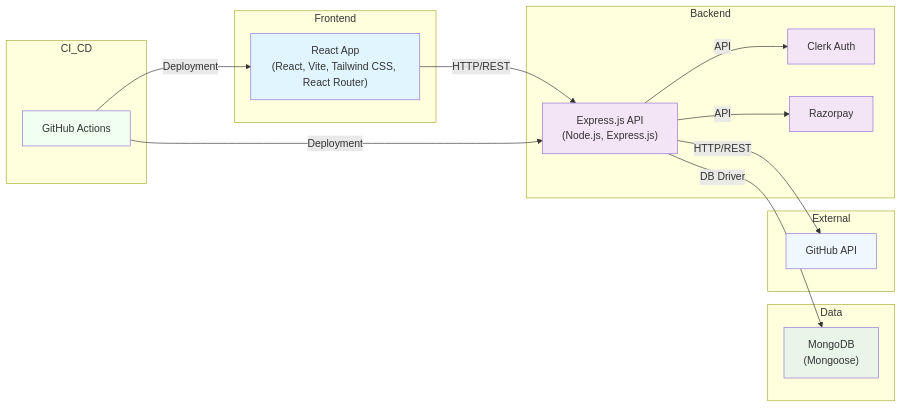
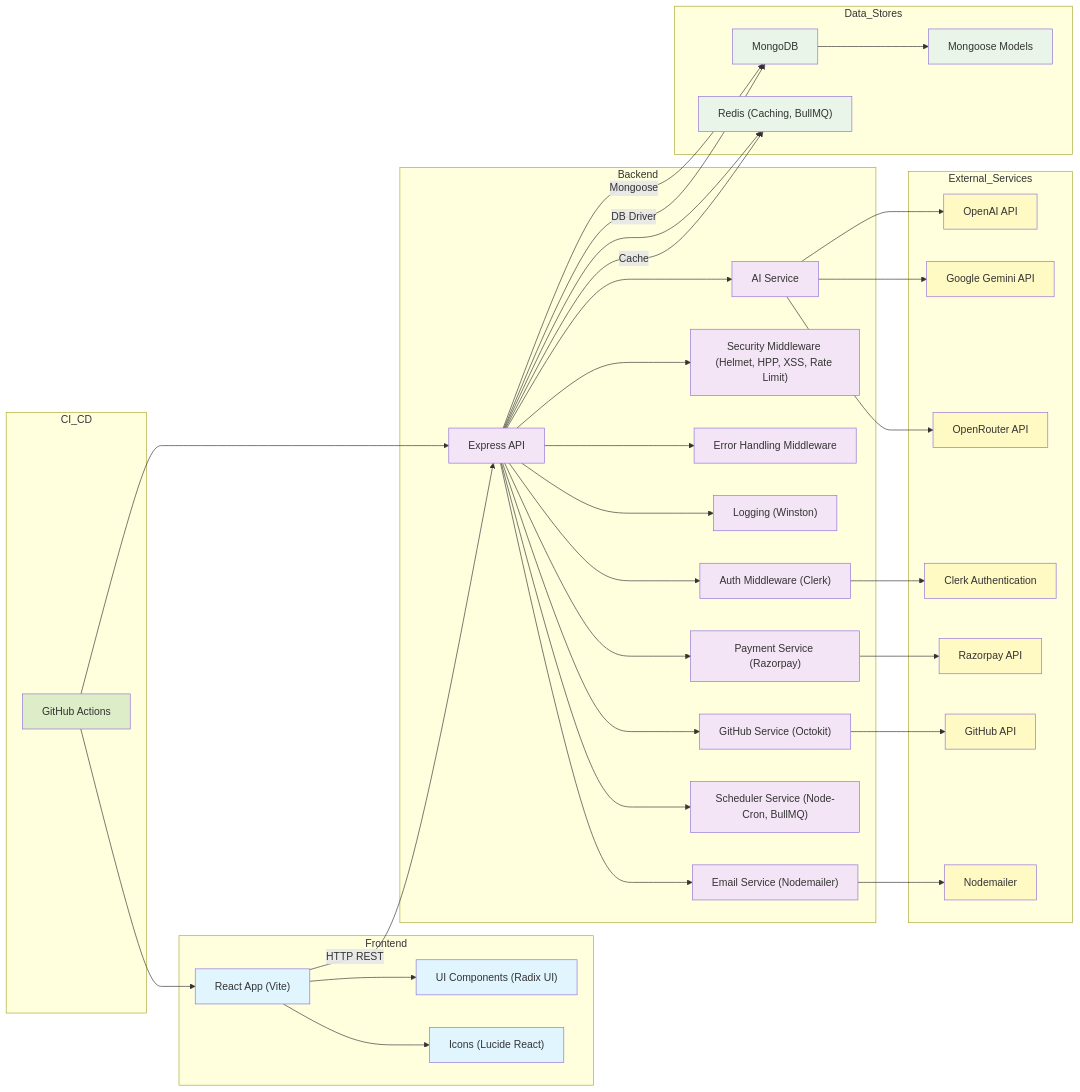
Before and after one commit to Aniruddha434/AutoMaxLib: the diagram in ARCHITECTURE.md, drawn with Mermaid.

Commit message:
Add/Update ARCHITECTURE.md via AutoGitPilot Architecture Diagram Generator

````diff
--- a/ARCHITECTURE.md
+++ b/ARCHITECTURE.md
@@ -5,39 +5,92 @@
 ```mermaid
 graph LR
     subgraph Frontend
-        UI["React App<br/>(React, Vite, Tailwind CSS, React Router)"]
-        style UI fill:#e1f5fe
+        React_App["React App (Vite)"]
+        Components["UI Components (Radix UI)"]
+        Icons["Icons (Lucide React)"]
+        React_App --> Components
+        React_App --> Icons
+        style React_App fill:#e1f5fe
+        style Components fill:#e1f5fe
+        style Icons fill:#e1f5fe
     end
 
     subgraph Backend
-        API_Gateway["Express.js API<br/>(Node.js, Express.js)"]
-        AUTH_Service["Clerk Auth"]
-        PAYMENT_Service["Razorpay"]
-        style API_Gateway fill:#f3e5f5
-        style AUTH_Service fill:#f3e5f5
-        style PAYMENT_Service fill:#f3e5f5
+        Express_API["Express API"]
+        Auth_Middleware["Auth Middleware (Clerk)"]
+        Security_Middleware["Security Middleware (Helmet, HPP, XSS, Rate Limit)"]
+        Error_Handling["Error Handling Middleware"]
+        Logging["Logging (Winston)"]
+        AIService["AI Service"]
+        GithubService["GitHub Service (Octokit)"]
+        PaymentService["Payment Service (Razorpay)"]
+        SchedulerService["Scheduler Service (Node-Cron, BullMQ)"]
+        EmailService["Email Service (Nodemailer)"]
+        Express_API --> Auth_Middleware
+        Express_API --> Security_Middleware
+        Express_API --> Error_Handling
+        Express_API --> Logging
+        Express_API --> AIService
+        Express_API --> GithubService
+        Express_API --> PaymentService
+        Express_API --> SchedulerService
+        Express_API --> EmailService
+        style Express_API fill:#f3e5f5
+        style Auth_Middleware fill:#f3e5f5
+        style Security_Middleware fill:#f3e5f5
+        style Error_Handling fill:#f3e5f5
+        style Logging fill:#f3e5f5
+        style AIService fill:#f3e5f5
+        style GithubService fill:#f3e5f5
+        style PaymentService fill:#f3e5f5
+        style SchedulerService fill:#f3e5f5
+        style EmailService fill:#f3e5f5
     end
 
-    subgraph Data
-        DB["MongoDB<br/>(Mongoose)"]
-        style DB fill:#e8f5e8
+    subgraph Data_Stores
+        MongoDB["MongoDB"]
+        Redis["Redis (Caching, BullMQ)"]
+        Models["Mongoose Models"]
+        Express_API -->|Mongoose| MongoDB
+        Express_API --> Redis
+        MongoDB --> Models
+        style MongoDB fill:#e8f5e8
+        style Redis fill:#e8f5e8
+        style Models fill:#e8f5e8
     end
 
-    subgraph External
-        GITHUB["GitHub API"]
-        style GITHUB fill:#f0f8ff
+    subgraph External_Services
+        OpenAI_API["OpenAI API"]
+        Google_Gemini_API["Google Gemini API"]
+        OpenRouter_API["OpenRouter API"]
+        Clerk_Auth["Clerk Authentication"]
+        Razorpay_API["Razorpay API"]
+        GitHub_API["GitHub API"]
+        Nodemailer_Service["Nodemailer"]
+        AIService --> OpenAI_API
+        AIService --> Google_Gemini_API
+        AIService --> OpenRouter_API
+        Auth_Middleware --> Clerk_Auth
+        PaymentService --> Razorpay_API
+        GithubService --> GitHub_API
+        EmailService --> Nodemailer_Service
+        style OpenAI_API fill:#fff9c4
+        style Google_Gemini_API fill:#fff9c4
+        style OpenRouter_API fill:#fff9c4
+        style Clerk_Auth fill:#fff9c4
+        style Razorpay_API fill:#fff9c4
+        style GitHub_API fill:#fff9c4
+        style Nodemailer_Service fill:#fff9c4
     end
 
     subgraph CI_CD
-        CI["GitHub Actions"]
-        style CI fill:#f0fff0
+        GitHub_Actions["GitHub Actions"]
+        GitHub_Actions --> React_App
+        GitHub_Actions --> Express_API
+        style GitHub_Actions fill:#dcedc8
     end
 
-    UI -->|HTTP/REST| API_Gateway
-    API_Gateway -->|HTTP/REST| GITHUB
-    API_Gateway -->|DB Driver| DB
-    API_Gateway -->|API| AUTH_Service
-    API_Gateway -->|API| PAYMENT_Service
-    CI -->|Deployment| API_Gateway
-    CI -->|Deployment| UI
+    React_App -->|HTTP REST| Express_API
+    Express_API -->|DB Driver| MongoDB
+    Express_API -->|Cache| Redis
 ```
````
